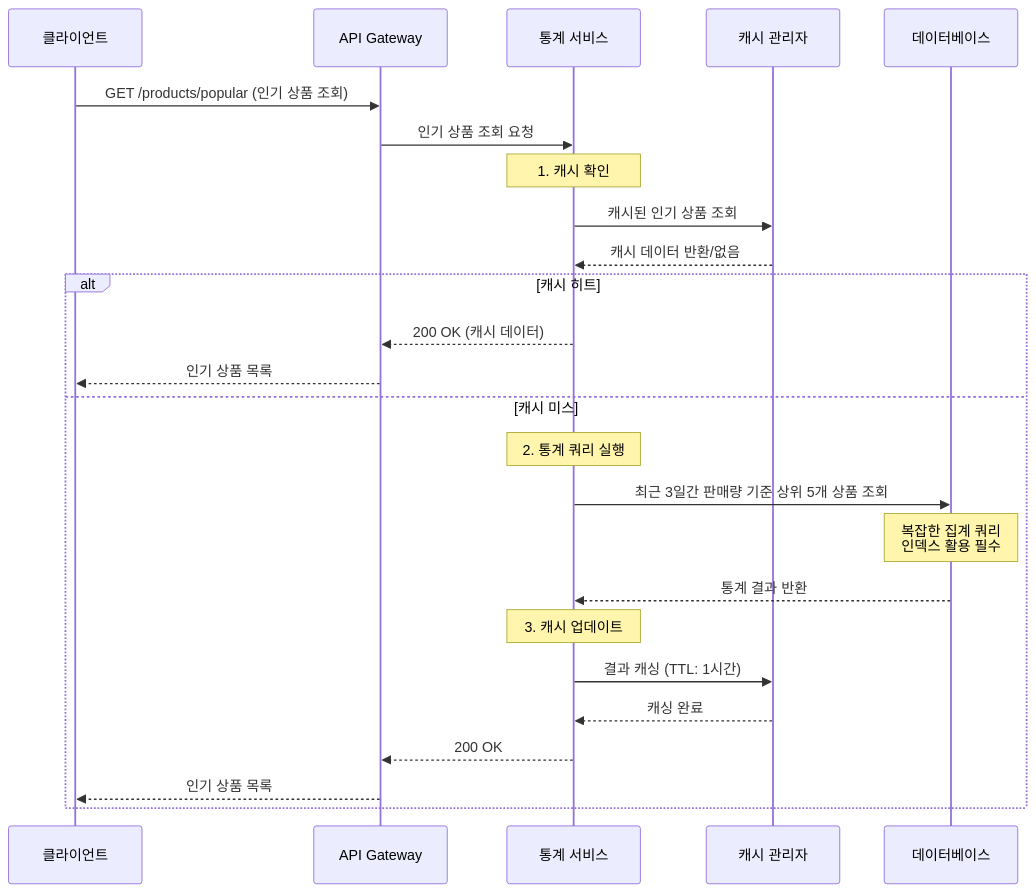
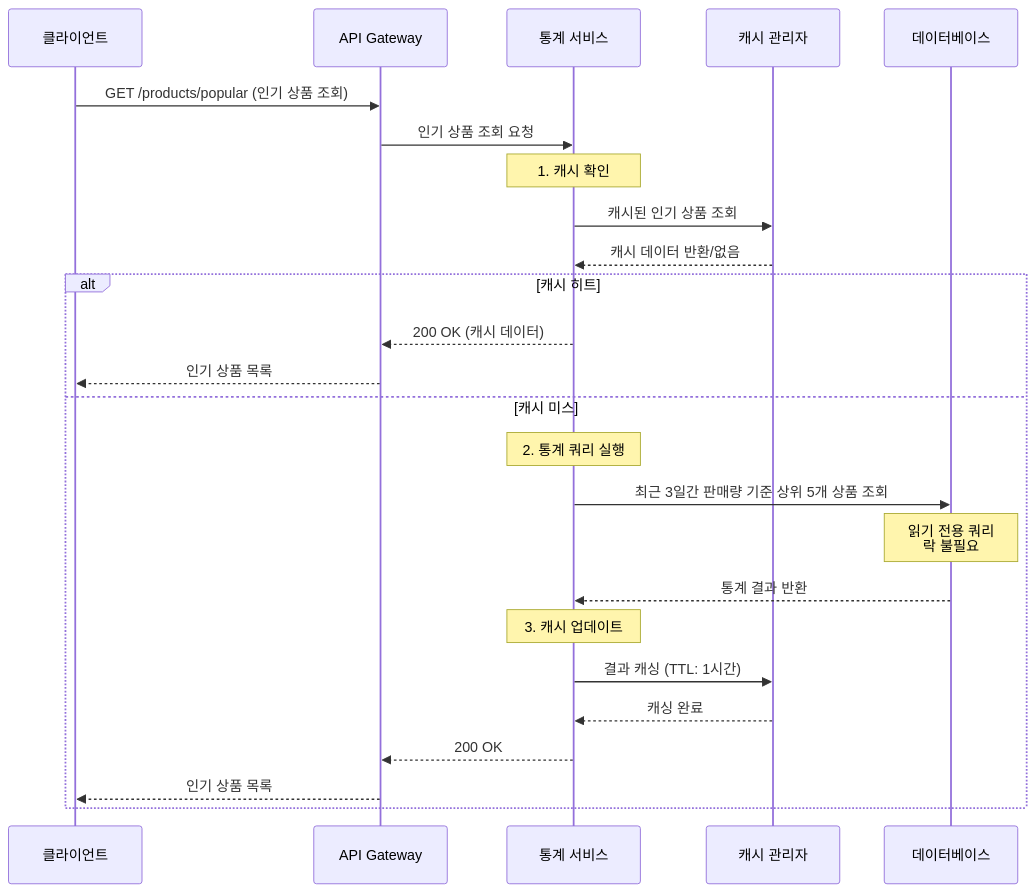
Before and after one commit to dltlaos11/ecommerce-spring-boot: the fourth of 4 diagrams in docs/sequence_diagram.md, drawn with Mermaid. The commit also changed other lines of this file and 1 other file, not shown here.

First line of the commit message:
refactor: ERD와 시퀀스 다이어그램 락 전략 일관성 개선

````diff
--- a/docs/sequence_diagram.md
+++ b/docs/sequence_diagram.md
@@ -188,32 +201,32 @@
 ```mermaid
 sequenceDiagram
     participant Client as 클라이언트
     participant API as API Gateway
     participant StatisticsService as 통계 서비스
     participant CacheManager as 캐시 관리자
     participant DB as 데이터베이스
 
     Client->>API: GET /products/popular (인기 상품 조회)
     API->>StatisticsService: 인기 상품 조회 요청
 
     Note over StatisticsService: 1. 캐시 확인
     StatisticsService->>CacheManager: 캐시된 인기 상품 조회
     CacheManager-->>StatisticsService: 캐시 데이터 반환/없음
 
     alt 캐시 히트
         StatisticsService-->>API: 200 OK (캐시 데이터)
         API-->>Client: 인기 상품 목록
     else 캐시 미스
         Note over StatisticsService: 2. 통계 쿼리 실행
         StatisticsService->>DB: 최근 3일간 판매량 기준 상위 5개 상품 조회
-        Note over DB: 복잡한 집계 쿼리<br/>인덱스 활용 필수
+        Note over DB: 읽기 전용 쿼리<br/>락 불필요
         DB-->>StatisticsService: 통계 결과 반환
 
         Note over StatisticsService: 3. 캐시 업데이트
         StatisticsService->>CacheManager: 결과 캐싱 (TTL: 1시간)
         CacheManager-->>StatisticsService: 캐싱 완료
 
         StatisticsService-->>API: 200 OK
         API-->>Client: 인기 상품 목록
     end
 ```
````
